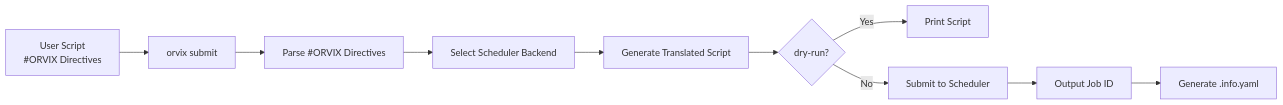
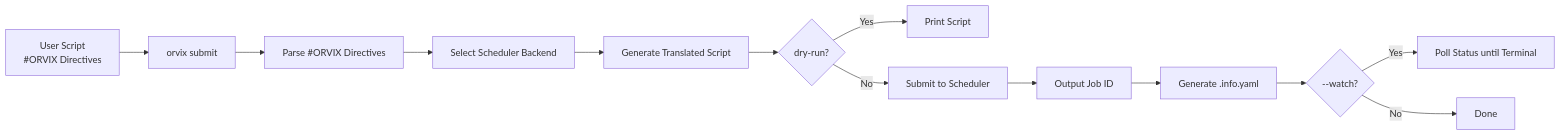
Before and after one commit to cemc-oper/orvix: the diagram in README.md, drawn with Mermaid. The commit also changed other lines of this file and 13 other files, not shown here.

````diff
--- a/README.md
+++ b/README.md
@@ -60,12 +79,15 @@
 ```mermaid
 flowchart LR
     A[User Script<br/>#ORVIX Directives] --> B[orvix submit]
     B --> C[Parse #ORVIX Directives]
     C --> D[Select Scheduler Backend]
     D --> E[Generate Translated Script]
     E --> F{dry-run?}
     F -->|Yes| G[Print Script]
     F -->|No| H[Submit to Scheduler]
     H --> I[Output Job ID]
     I --> J[Generate .info.yaml]
+    J --> K{--watch?}
+    K -->|Yes| L[Poll Status until Terminal]
+    K -->|No| M[Done]
 ```
````
